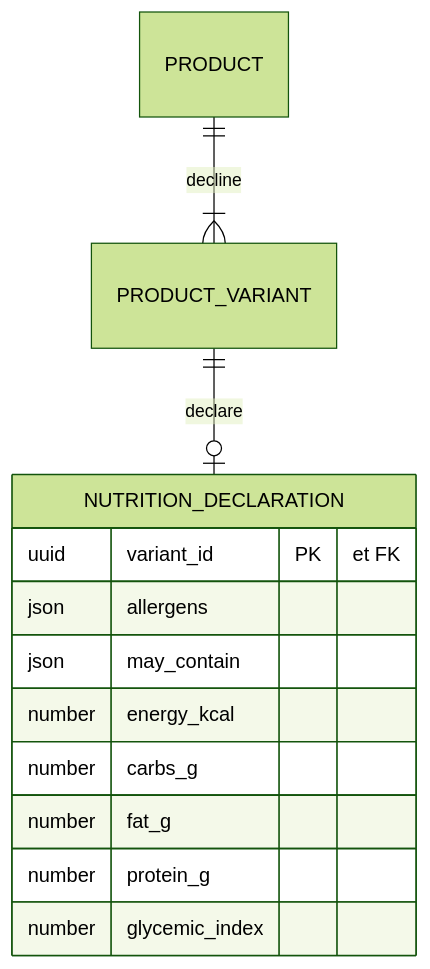
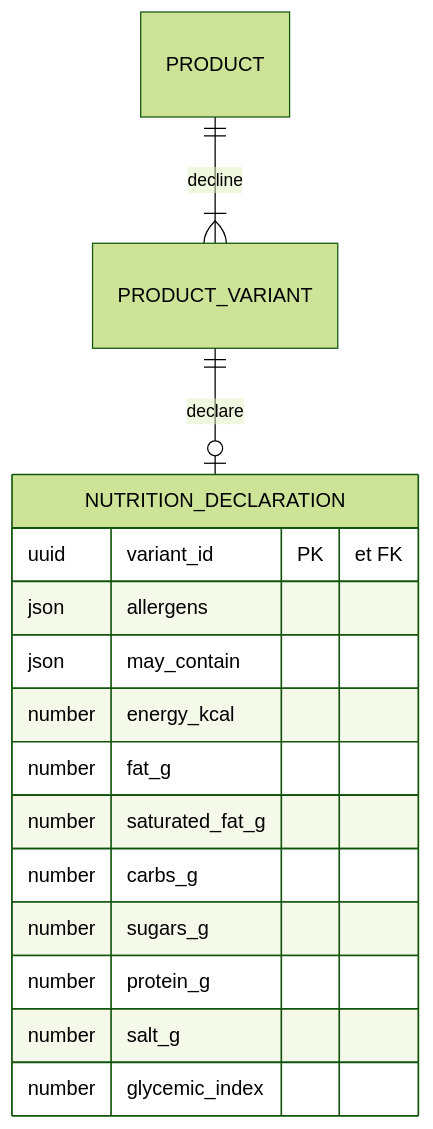
Before and after one commit to hugoheynard/lfd: the diagram in documentation/pim/data-model/03-nutrition.md, drawn with Mermaid (forest theme). The commit also changed other lines of this file and 17 other files, not shown here.

````diff
--- a/documentation/pim/data-model/03-nutrition.md
+++ b/documentation/pim/data-model/03-nutrition.md
@@ -24,16 +24,19 @@
 ```mermaid
 erDiagram
     PRODUCT ||--|{ PRODUCT_VARIANT : "decline"
     PRODUCT_VARIANT ||--o| NUTRITION_DECLARATION : "declare"
 
     NUTRITION_DECLARATION {
         uuid variant_id PK "et FK"
         json allergens
         json may_contain
         number energy_kcal
+        number fat_g
+        number saturated_fat_g
         number carbs_g
-        number fat_g
+        number sugars_g
         number protein_g
+        number salt_g
         number glycemic_index
     }
 ```
````
